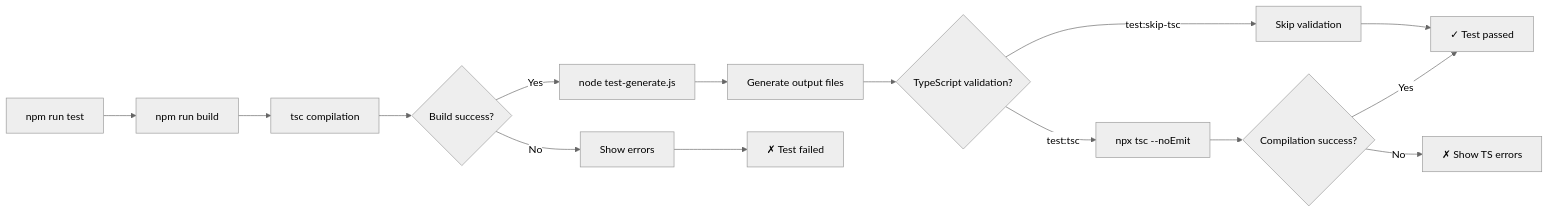
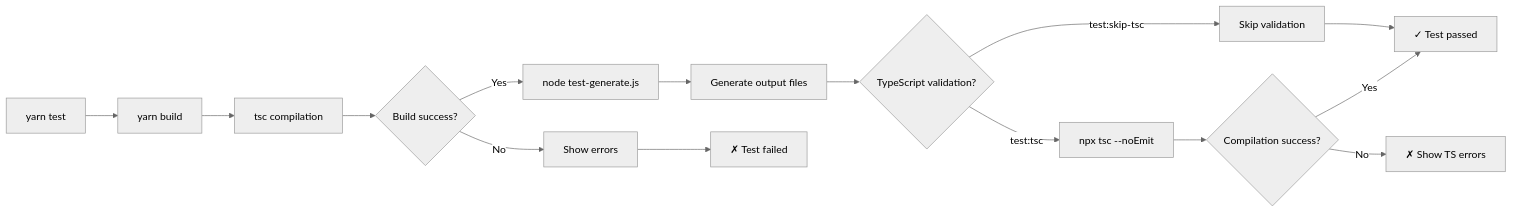
Before and after one commit to dianramdhani/openapi-mcp: the seventh of 7 diagrams in ARCHITECTURE.md, drawn with Mermaid (neutral theme). The commit also changed other lines of this file and 11 other files, not shown here.

````diff
--- a/ARCHITECTURE.md
+++ b/ARCHITECTURE.md
@@ -545,17 +644,17 @@
 ```mermaid
 flowchart LR
-    A[npm run test] --> B[npm run build]
+    A[yarn test] --> B[yarn build]
     B --> C[tsc compilation]
     C --> D{Build success?}
     D -->|No| E[Show errors]
     D -->|Yes| F[node test-generate.js]
     F --> G[Generate output files]
     G --> H{TypeScript validation?}
     H -->|test:tsc| I[npx tsc --noEmit]
     H -->|test:skip-tsc| J[Skip validation]
     I --> K{Compilation success?}
     K -->|Yes| L[✓ Test passed]
     K -->|No| M[✗ Show TS errors]
     J --> L
     E --> N[✗ Test failed]
 ```
````
